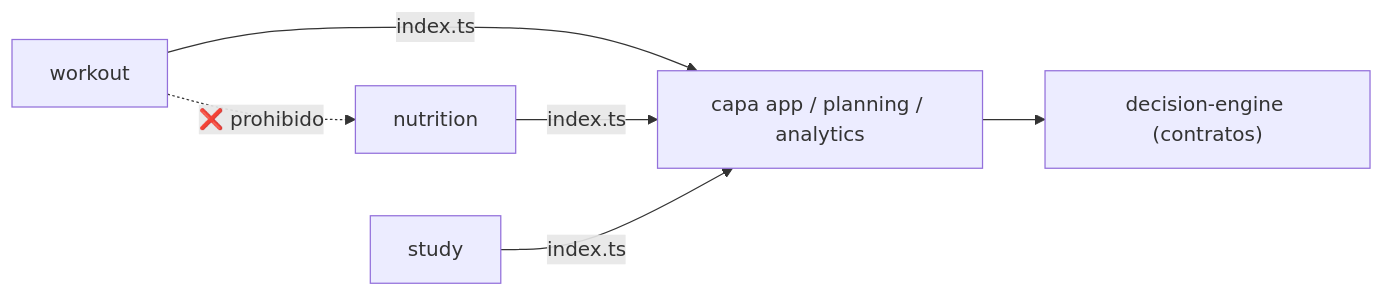
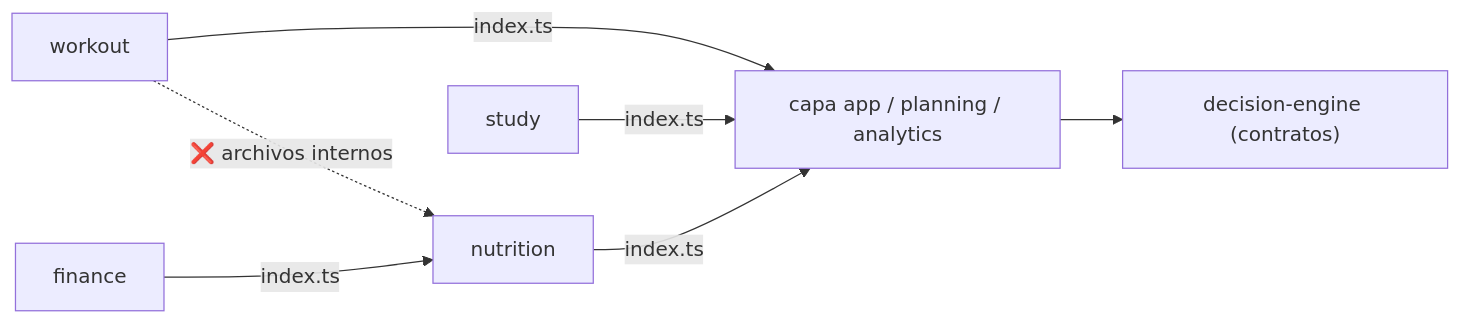
One commit to ccamilomc/nexus changed the third of 3 diagrams in docs/02-arquitectura.md. Above: the diagram before and after it, drawn with Mermaid. The commit also changed other lines of this file and 12 other files, not shown here.

````diff
--- a/docs/02-arquitectura.md
+++ b/docs/02-arquitectura.md
@@ -92,8 +92,9 @@
 ```mermaid
 flowchart LR
     W["workout"] -->|index.ts| APP["capa app / planning / analytics"]
     N["nutrition"] -->|index.ts| APP
     S["study"] -->|index.ts| APP
     APP --> E["decision-engine (contratos)"]
-    W -.->|❌ prohibido| N
+    F["finance"] -->|index.ts| N
+    W -.->|❌ archivos internos| N
 ```
````
